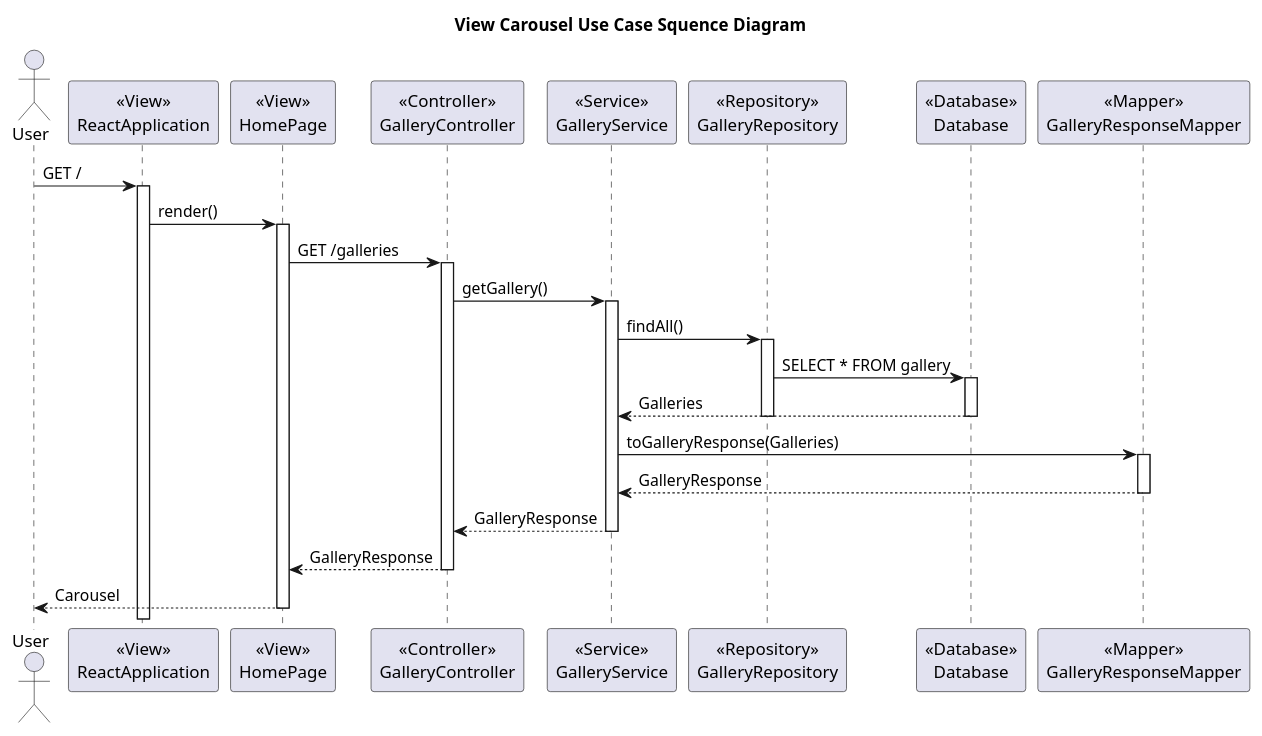
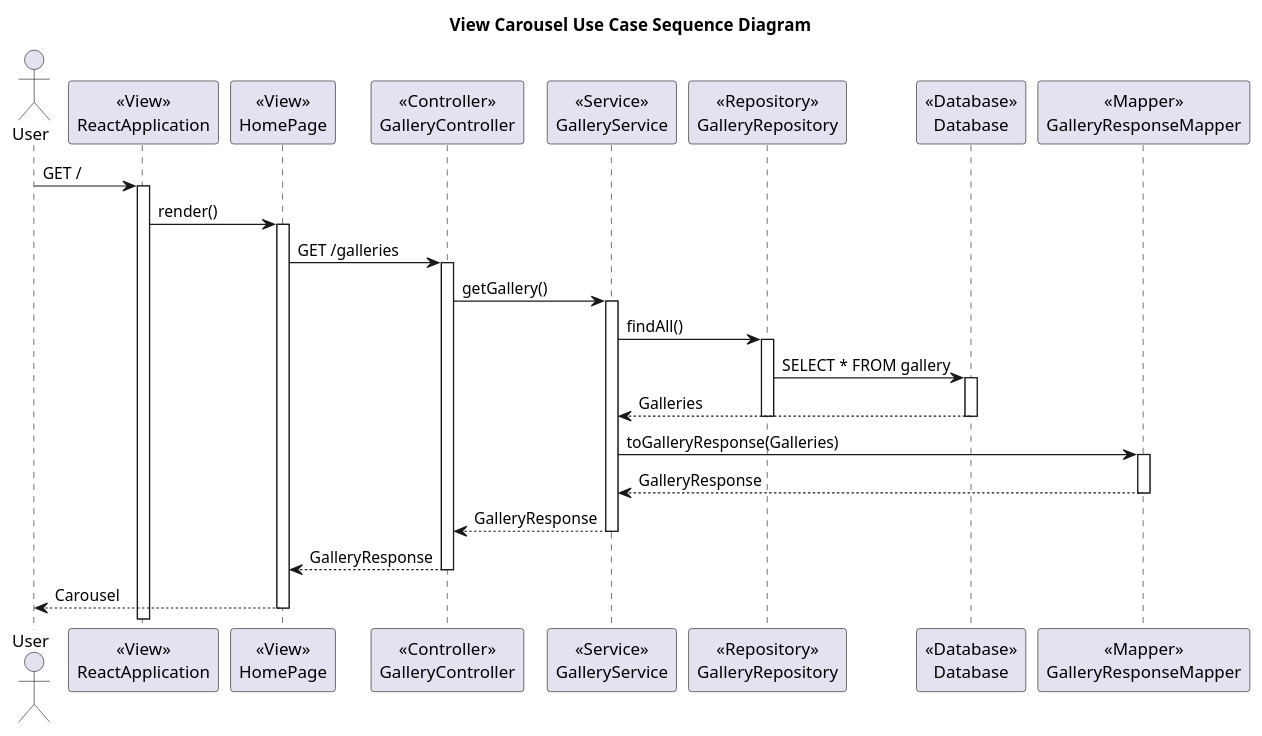
One commit to DylanBrass/Corso-Website changed the diagram in Sprint_1/View_Carousel/Design-lvl-SSD.puml. Above: the diagram before and after it, drawn with PlantUML. The commit also changed 13 other files, not shown here.

Commit message:
doc: use case diagrams

```diff
--- a/Sprint_1/View_Carousel/Design-lvl-SSD.puml
+++ b/Sprint_1/View_Carousel/Design-lvl-SSD.puml
@@ -1,74 +1,74 @@
 @startuml
 
-title View Carousel Use Case Squence Diagram
+title View Carousel Use Case Sequence Diagram
 
 actor User 
 
 participant ReactApplication as "<<View>>\nReactApplication"
 participant HomePage as "<<View>>\nHomePage"
 
 participant GalleryController as "<<Controller>>\nGalleryController"
 
 participant GalleryService as "<<Service>>\nGalleryService"
 
 participant GalleryRepository as "<<Repository>>\nGalleryRepository"
 
 participant Database as "<<Database>>\nDatabase"
 
 participant GalleryResponseMapper as "<<Mapper>>\nGalleryResponseMapper"
 
 User -> ReactApplication : GET /
 activate ReactApplication
 
 ReactApplication -> HomePage : render()
 activate HomePage
 
 
 
 HomePage -> GalleryController : GET /galleries
 activate GalleryController 
 
 
 
 
 
 GalleryController -> GalleryService : getGallery()
 activate GalleryService 
 
 
 GalleryService -> GalleryRepository : findAll()
 activate GalleryRepository
 
 
 GalleryRepository -> Database : SELECT * FROM gallery
 activate Database
 
 Database --> GalleryService : Galleries
 
 deactivate GalleryRepository
 
 deactivate Database
 
 
 
 GalleryService -> GalleryResponseMapper : toGalleryResponse(Galleries)
 activate GalleryResponseMapper
 
 GalleryResponseMapper --> GalleryService : GalleryResponse
 
 deactivate GalleryResponseMapper
 
 GalleryService --> GalleryController : GalleryResponse
 
 deactivate GalleryService
 
 GalleryController --> HomePage : GalleryResponse
 
 deactivate GalleryController
 
 HomePage --> User : Carousel
 
 deactivate HomePage
 
 
 @endpuml
```
